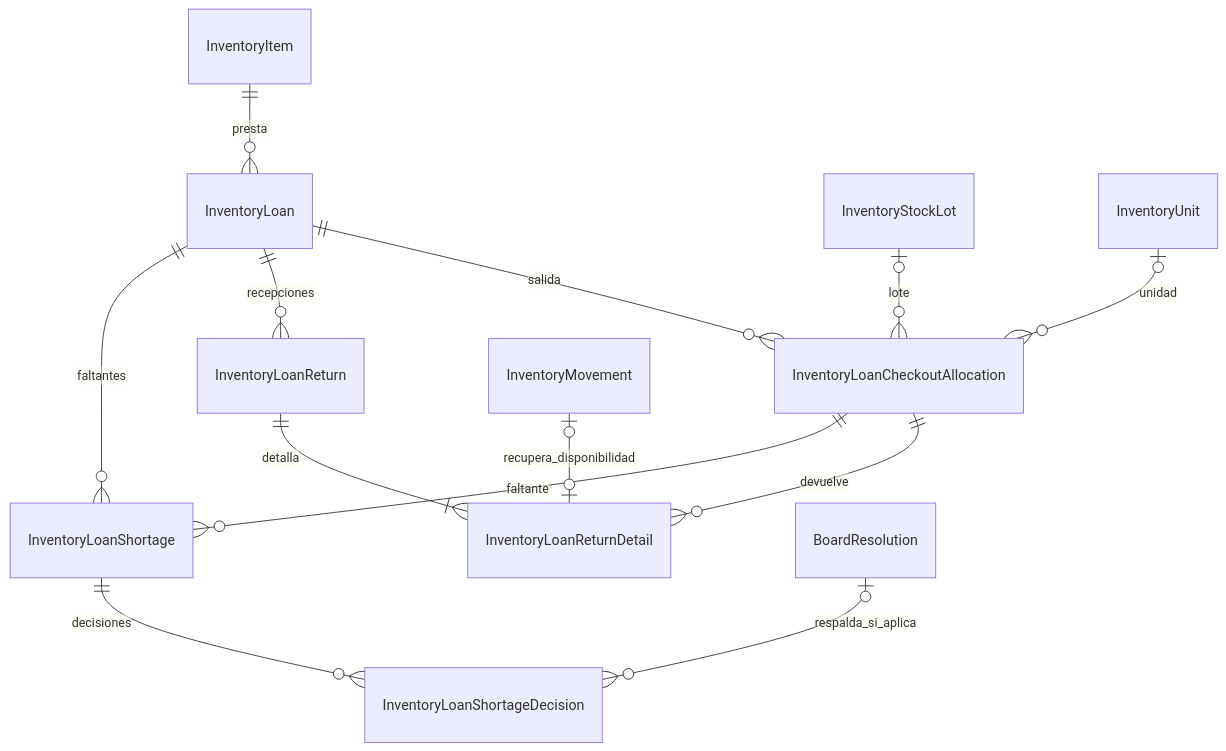
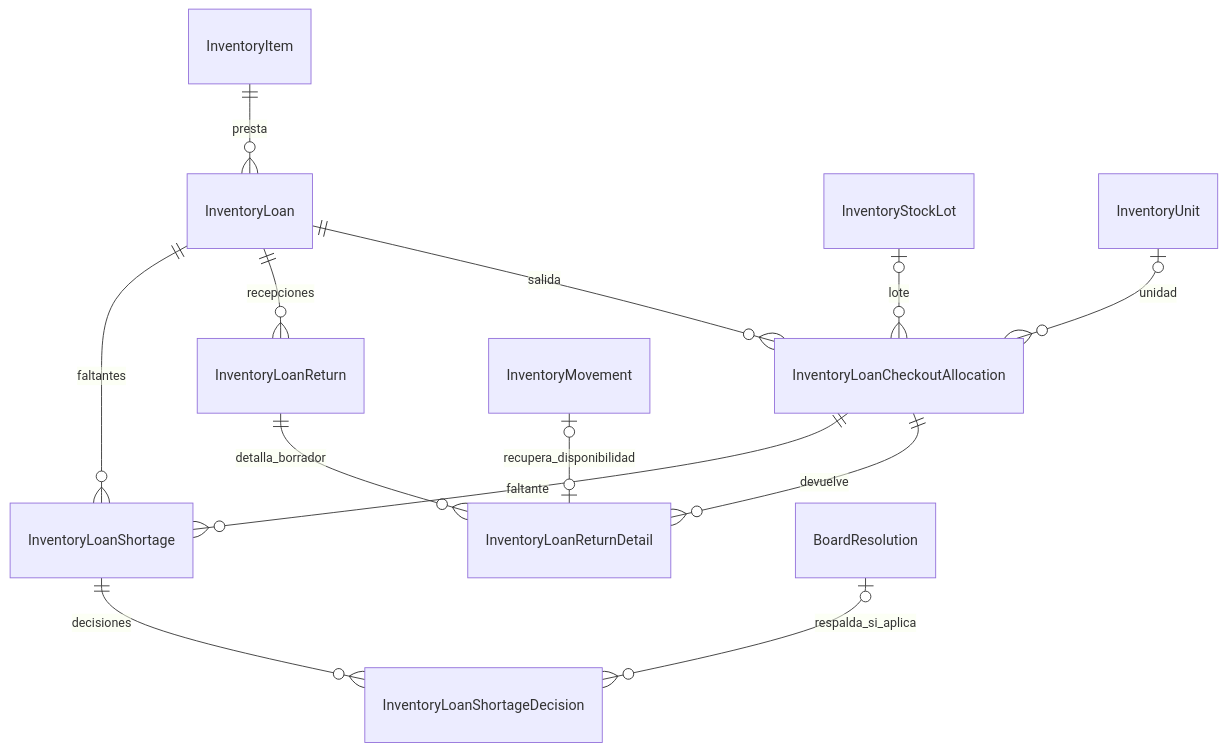
The first of 3 diagrams in docs/architecture/v2/checkpoints/9.3C-conciliacion.md (DanielMarchenaMatarrita/sgi-adi-curime-26), drawn with Mermaid before and after one commit. The commit also changed other lines of this file and 12 other files, not shown here.

````diff
--- a/docs/architecture/v2/checkpoints/9.3C-conciliacion.md
+++ b/docs/architecture/v2/checkpoints/9.3C-conciliacion.md
@@ -8,15 +8,15 @@
 ```mermaid
 erDiagram
     InventoryItem ||--o{ InventoryLoan : presta
     InventoryLoan ||--o{ InventoryLoanCheckoutAllocation : salida
     InventoryLoan ||--o{ InventoryLoanReturn : recepciones
     InventoryLoan ||--o{ InventoryLoanShortage : faltantes
     InventoryStockLot o|--o{ InventoryLoanCheckoutAllocation : lote
     InventoryUnit o|--o{ InventoryLoanCheckoutAllocation : unidad
-    InventoryLoanReturn ||--|{ InventoryLoanReturnDetail : detalla
+    InventoryLoanReturn ||--o{ InventoryLoanReturnDetail : detalla_borrador
     InventoryLoanCheckoutAllocation ||--o{ InventoryLoanReturnDetail : devuelve
     InventoryLoanCheckoutAllocation ||--o{ InventoryLoanShortage : faltante
     InventoryLoanShortage ||--o{ InventoryLoanShortageDecision : decisiones
     BoardResolution o|--o{ InventoryLoanShortageDecision : respalda_si_aplica
     InventoryMovement o|--o| InventoryLoanReturnDetail : recupera_disponibilidad
 ```
````
